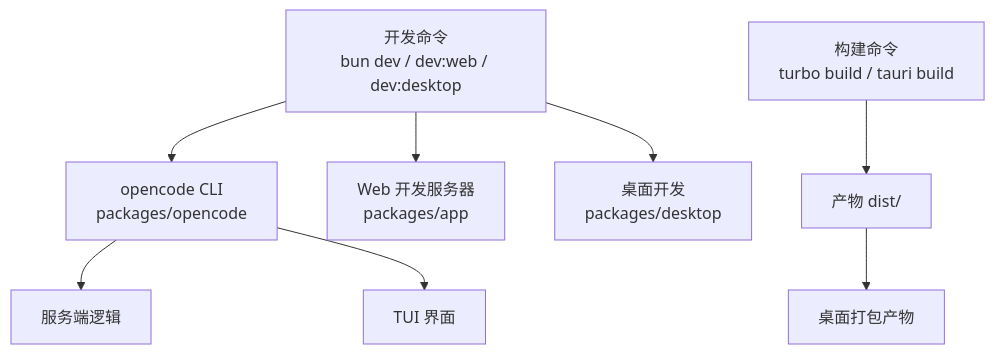
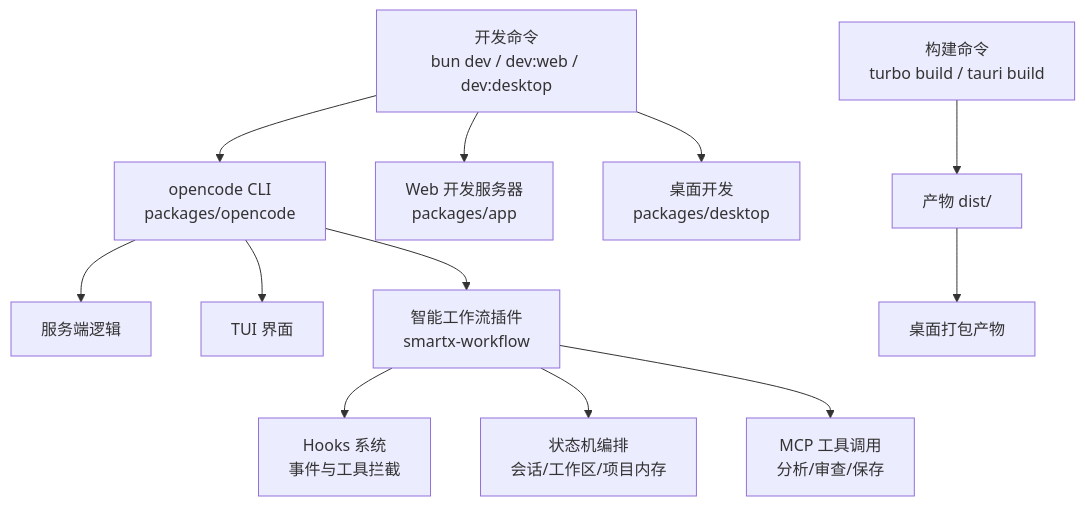
The second of 3 diagrams in .lingma/repowiki/zh/content/开发者指南/开发流程/开发流程.md (89780012/opencode), drawn with Mermaid before and after one commit. The commit also changed other lines of this file and 19 other files, not shown here.

````diff
--- a/.lingma/repowiki/zh/content/开发者指南/开发流程/开发流程.md
+++ b/.lingma/repowiki/zh/content/开发者指南/开发流程/开发流程.md
@@ -92,10 +109,14 @@
 ```mermaid
 graph TB
 DevCmd["开发命令<br/>bun dev / dev:web / dev:desktop"] --> OpencodeCli["opencode CLI<br/>packages/opencode"]
 DevCmd --> WebDev["Web 开发服务器<br/>packages/app"]
 DevCmd --> DesktopDev["桌面开发<br/>packages/desktop"]
 OpencodeCli --> Server["服务端逻辑"]
 OpencodeCli --> TUI["TUI 界面"]
+OpencodeCli --> SmartxWorkflow["智能工作流插件<br/>smartx-workflow"]
+SmartxWorkflow --> HooksSystem["Hooks 系统<br/>事件与工具拦截"]
+SmartxWorkflow --> StateMachine["状态机编排<br/>会话/工作区/项目内存"]
+SmartxWorkflow --> MCPTools["MCP 工具调用<br/>分析/审查/保存"]
 BuildCmd["构建命令<br/>turbo build / tauri build"] --> Dist["产物 dist/"]
 Dist --> DesktopDist["桌面打包产物"]
 ```
````
